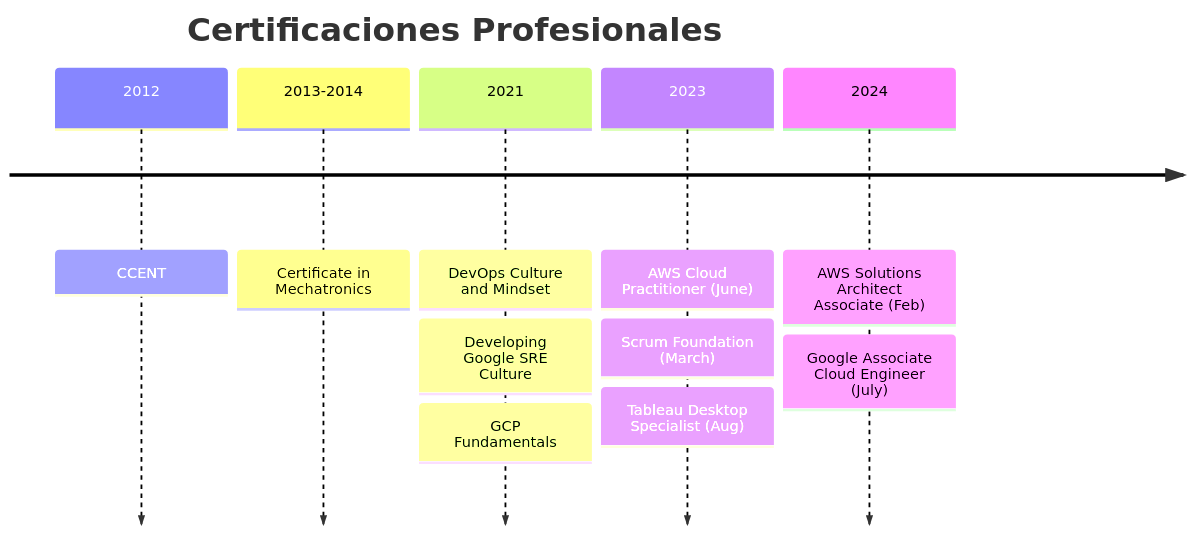
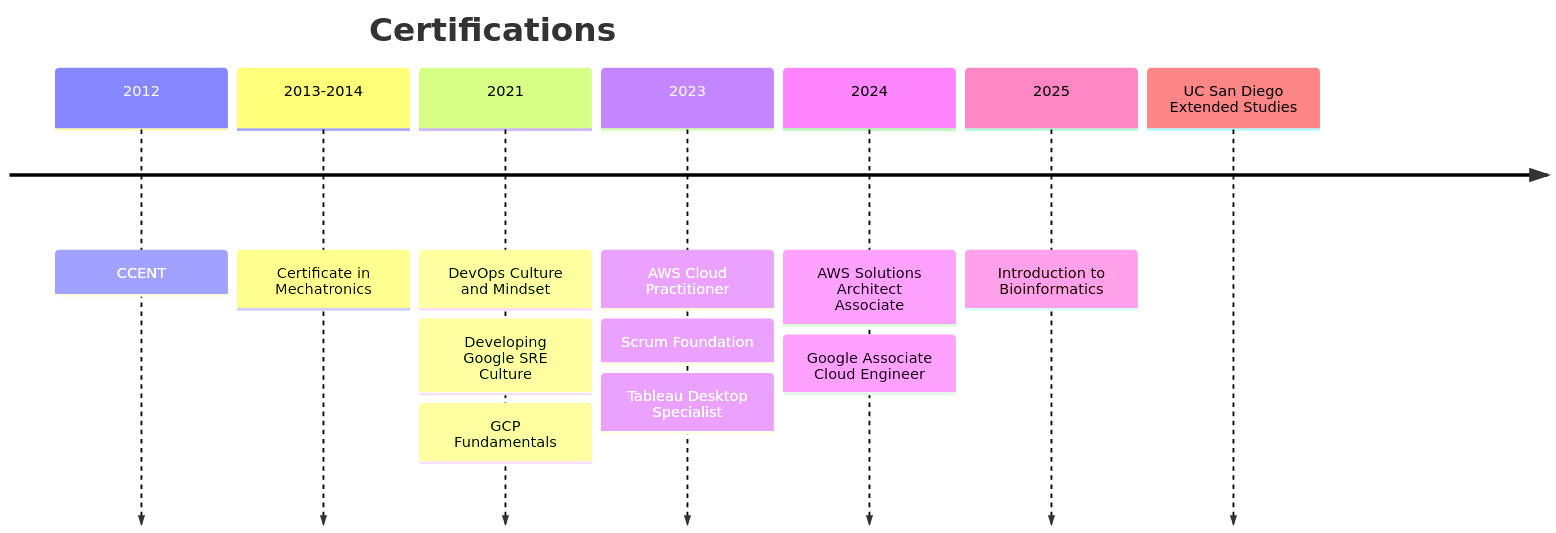
The second of 2 diagrams in index.md (andresjz/luis), drawn with Mermaid before and after one commit. The commit also changed other lines of this file, not shown here.

````diff
--- a/index.md
+++ b/index.md
@@ -97,14 +103,16 @@
 ```mermaid
 timeline
-    title Certificaciones Profesionales
+    title Certifications
     2012 :  CCENT
     2013-2014 : Certificate in Mechatronics
     2021 : DevOps Culture and Mindset
          : Developing Google SRE Culture
          : GCP Fundamentals
-    2023 : AWS Cloud Practitioner (June)
-         : Scrum Foundation (March)
-         : Tableau Desktop Specialist (Aug)
-    2024 : AWS Solutions Architect Associate (Feb)
-         : Google Associate Cloud Engineer (July)
+    2023 : AWS Cloud Practitioner
+         : Scrum Foundation
+         : Tableau Desktop Specialist
+    2024 : AWS Solutions Architect Associate
+         : Google Associate Cloud Engineer
+    2025 : Introduction to Bioinformatics
+           UC San Diego Extended Studies
 ```
````
